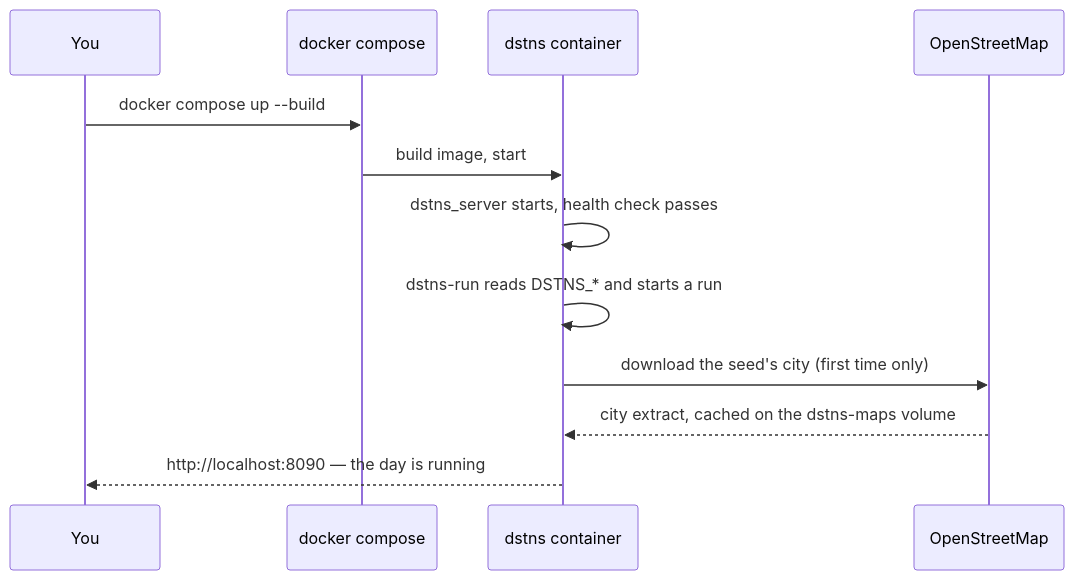
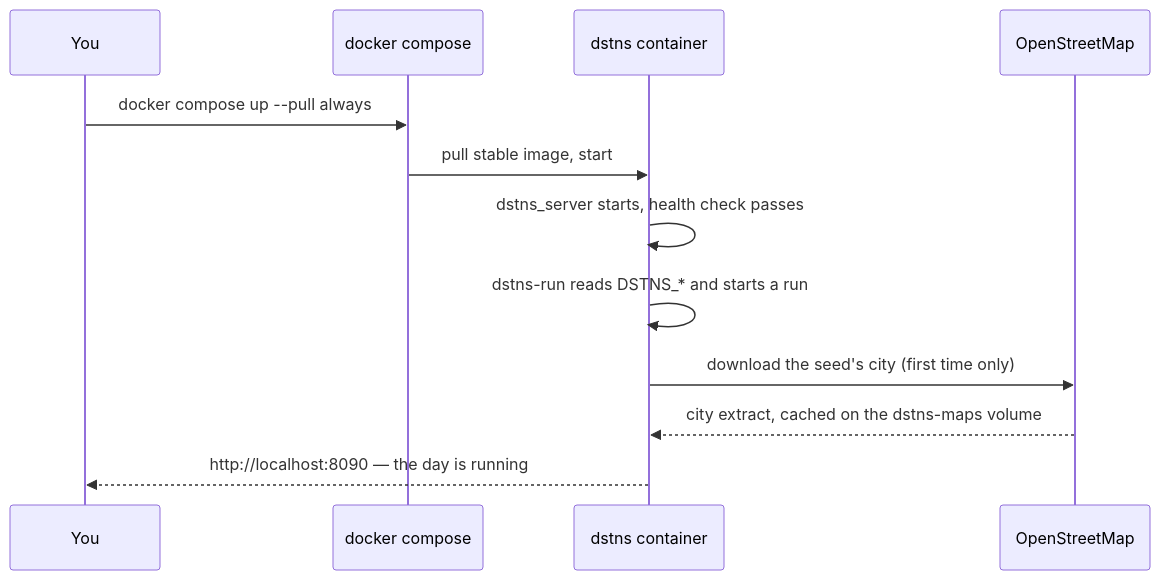
The diagram in docs/getting-started/docker.md (varunkarthic/DSTNS), drawn with Mermaid before and after one commit. The commit also changed other lines of this file and 28 other files, not shown here.

Commit message:
fix: publish tested multi-architecture stable containers with release metadata

````diff
--- a/docs/getting-started/docker.md
+++ b/docs/getting-started/docker.md
@@ -38,14 +66,14 @@
 ```mermaid
 sequenceDiagram
     participant You
     participant Compose as docker compose
     participant C as dstns container
     participant OSM as OpenStreetMap
-    You->>Compose: docker compose up --build
-    Compose->>C: build image, start
+    You->>Compose: docker compose up --pull always
+    Compose->>C: pull stable image, start
     C->>C: dstns_server starts, health check passes
     C->>C: dstns-run reads DSTNS_* and starts a run
     C->>OSM: download the seed's city (first time only)
     OSM-->>C: city extract, cached on the dstns-maps volume
     C-->>You: http://localhost:8090 — the day is running
 ```
````
